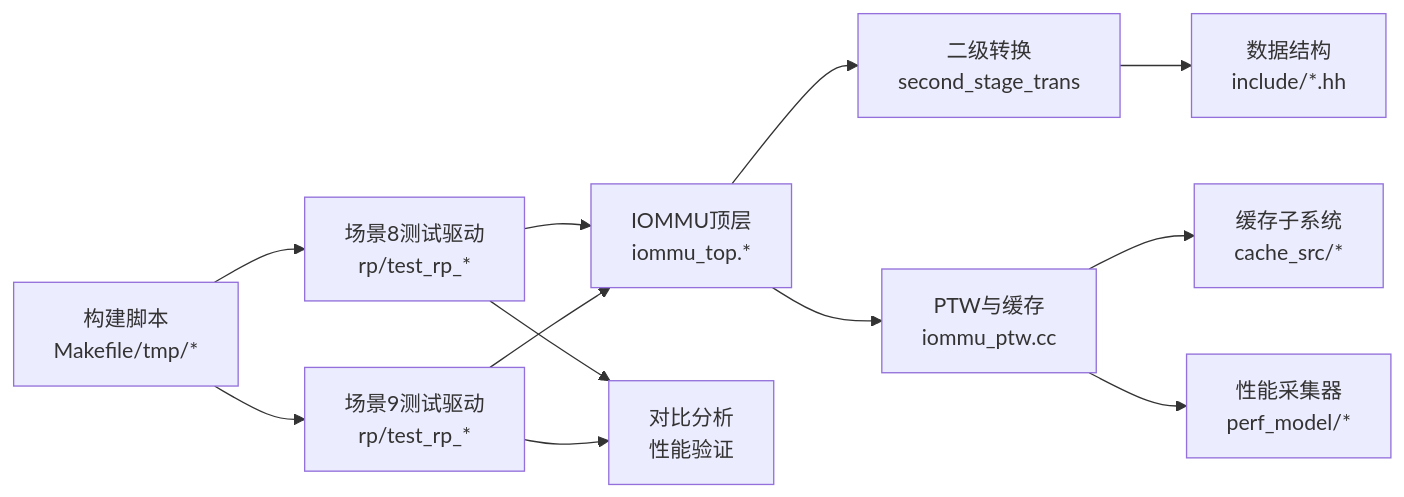
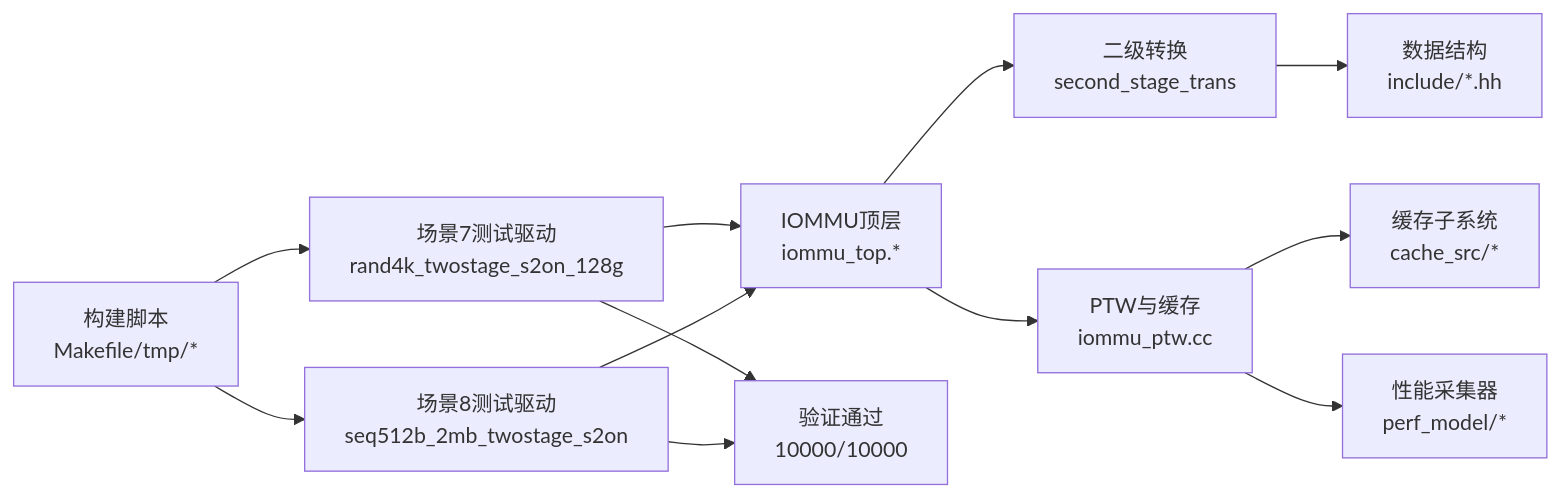
Before and after one commit to jiangjiang1122/iommu_model_20260401_v1: the ninth of 9 diagrams in .qoder/repowiki/zh/content/测试与验证/Scenario 8大页测试框架.md, drawn with Mermaid. The commit also changed other lines of this file and 159 other files, not shown here.

Commit message:
chore: 更新知识库文档 + 新增PTW并发分析图表与数据文件

````diff
--- a/.qoder/repowiki/zh/content/测试与验证/Scenario 8大页测试框架.md
+++ b/.qoder/repowiki/zh/content/测试与验证/Scenario 8大页测试框架.md
@@ -402,14 +389,14 @@
 ```mermaid
 graph LR
-Test8["场景8测试驱动<br/>rp/test_rp_*"] --> Top["IOMMU顶层<br/>iommu_top.*"]
-Test9["场景9测试驱动<br/>rp/test_rp_*"] --> Top
+Test7["场景7测试驱动<br/>rand4k_twostage_s2on_128g"] --> Top["IOMMU顶层<br/>iommu_top.*"]
+Test8["场景8测试驱动<br/>seq512b_2mb_twostage_s2on"] --> Top
 Top --> ST["二级转换<br/>second_stage_trans"]
 Top --> PTW["PTW与缓存<br/>iommu_ptw.cc"]
 ST --> Data["数据结构<br/>include/*.hh"]
 PTW --> Cache["缓存子系统<br/>cache_src/*"]
 PTW --> Perf["性能采集器<br/>perf_model/*"]
-Build["构建脚本<br/>Makefile/tmp/*"] --> Test8
-Build --> Test9
-Test8 --> Compare["对比分析<br/>性能验证"]
-Test9 --> Compare
+Build["构建脚本<br/>Makefile/tmp/*"] --> Test7
+Build --> Test8
+Test7 --> Validate["验证通过<br/>10000/10000"]
+Test8 --> Validate
 ```
````
